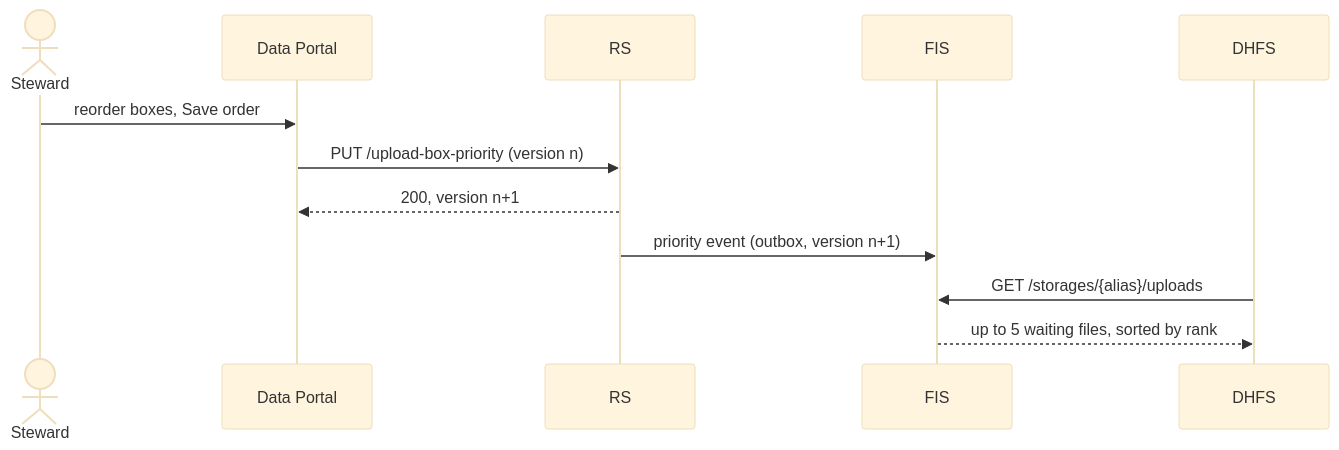
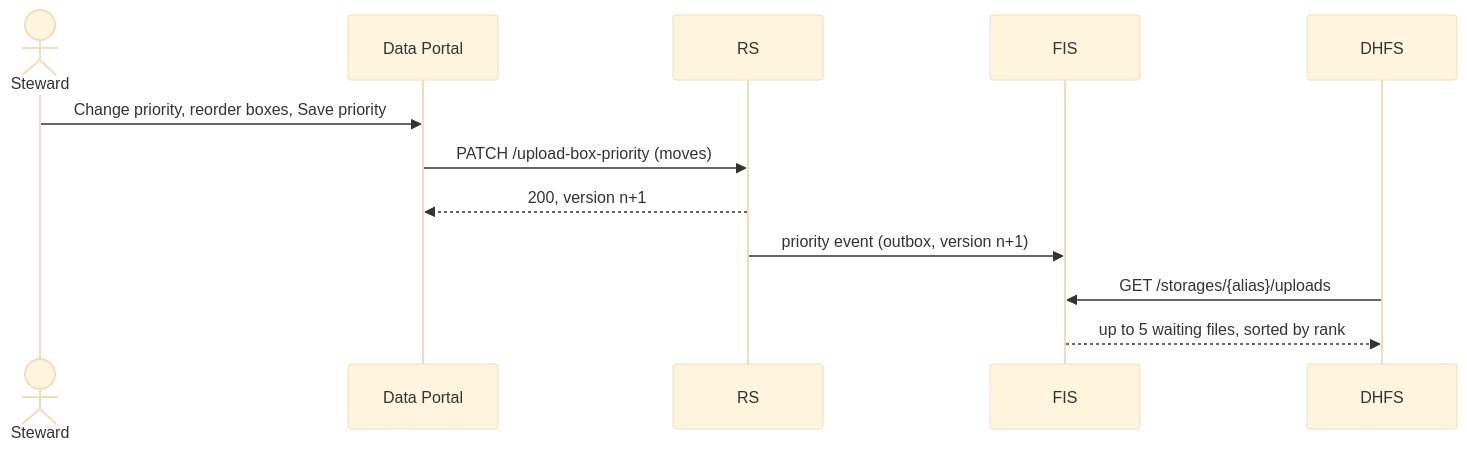
Before and after one commit to ghga-de/ghga: the diagram in docs/epics/epic-0095-shoebill/README.md, drawn with Mermaid (base theme). The commit also changed other lines of this file and 1 other file, not shown here.

````diff
--- a/docs/epics/epic-0095-shoebill/README.md
+++ b/docs/epics/epic-0095-shoebill/README.md
@@ -102,14 +122,14 @@
 ```mermaid
 sequenceDiagram
     actor Steward
     participant Portal as Data Portal
     participant RS
     participant FIS
     participant DHFS
-    Steward->>Portal: reorder boxes, Save order
-    Portal->>RS: PUT /upload-box-priority (version n)
+    Steward->>Portal: Change priority, reorder boxes, Save priority
+    Portal->>RS: PATCH /upload-box-priority (moves)
     RS-->>Portal: 200, version n+1
     RS->>FIS: priority event (outbox, version n+1)
     DHFS->>FIS: GET /storages/{alias}/uploads
     FIS-->>DHFS: up to 5 waiting files, sorted by rank
 ```
````
